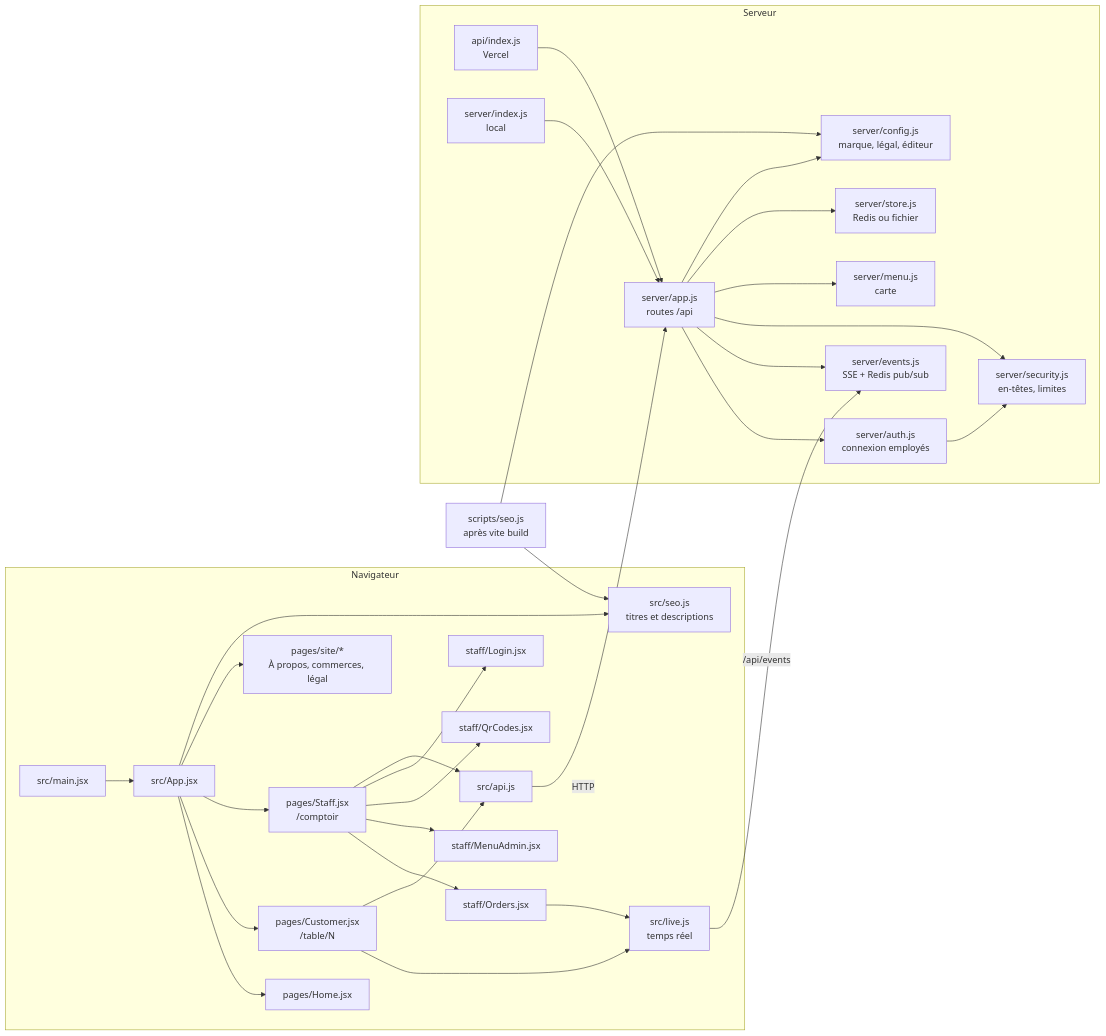
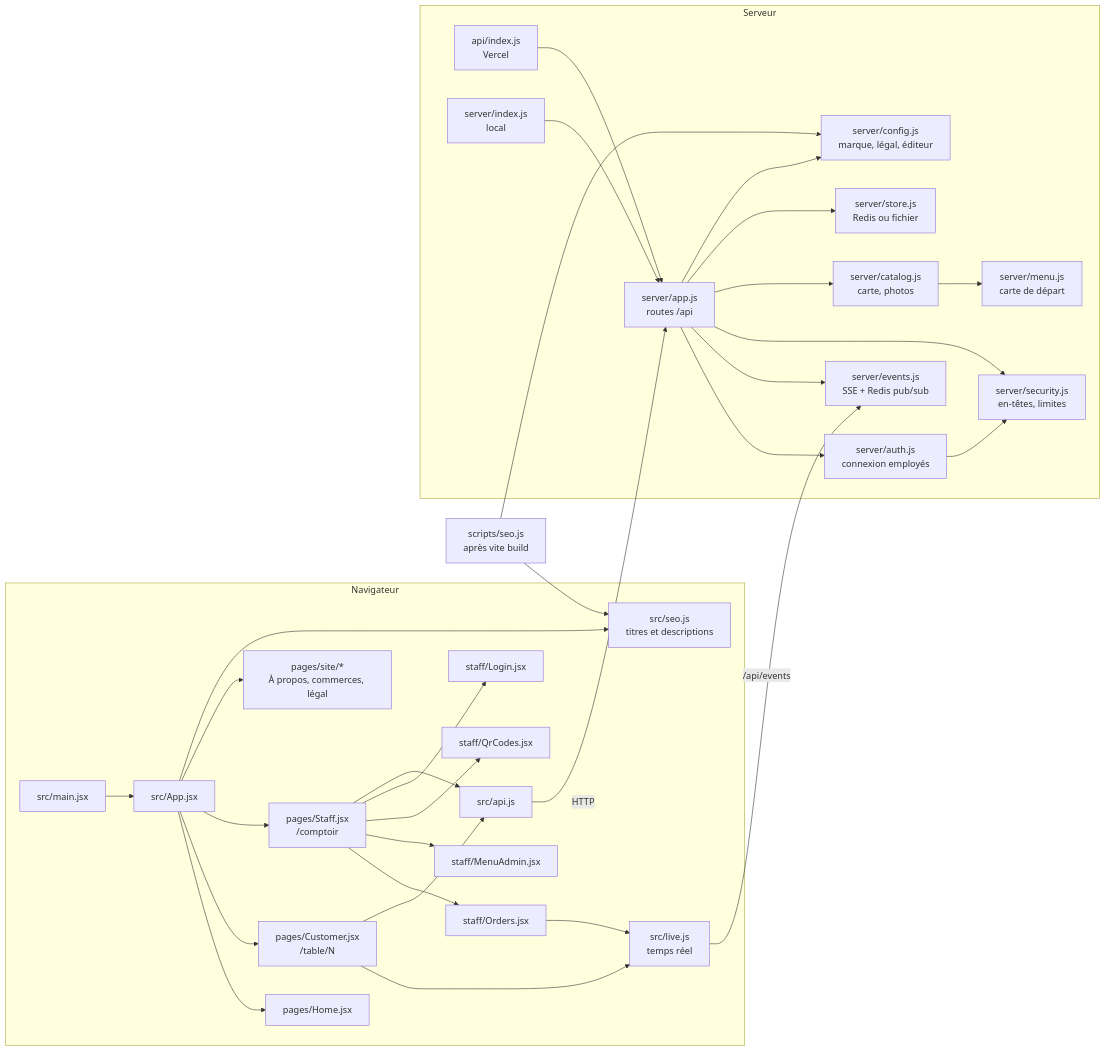
Before and after one commit to Bryamx26/forcado-app: the diagram in docs/CARTE-DU-CODE.md, drawn with Mermaid. The commit also changed other lines of this file and 11 other files, not shown here.

````diff
--- a/docs/CARTE-DU-CODE.md
+++ b/docs/CARTE-DU-CODE.md
@@ -5,36 +5,37 @@
 ```mermaid
 graph LR
   subgraph Navigateur
     main[src/main.jsx] --> App[src/App.jsx]
     App --> Home[pages/Home.jsx]
     App --> Customer[pages/Customer.jsx<br/>/table/N]
     App --> Staff[pages/Staff.jsx<br/>/comptoir]
     App --> Site[pages/site/*<br/>À propos, commerces, légal]
     App --> seo[src/seo.js<br/>titres et descriptions]
     Staff --> Orders[staff/Orders.jsx]
     Staff --> MenuAdmin[staff/MenuAdmin.jsx]
     Staff --> QrCodes[staff/QrCodes.jsx]
     Staff --> Login[staff/Login.jsx]
     Customer --> live[src/live.js<br/>temps réel]
     Orders --> live
     Customer --> api[src/api.js]
     Staff --> api
   end
 
   subgraph Serveur
     vercel[api/index.js<br/>Vercel] --> app[server/app.js<br/>routes /api]
     local[server/index.js<br/>local] --> app
     app --> auth[server/auth.js<br/>connexion employés]
     app --> events[server/events.js<br/>SSE + Redis pub/sub]
     app --> security[server/security.js<br/>en-têtes, limites]
     auth --> security
-    app --> menu[server/menu.js<br/>carte]
+    app --> catalog[server/catalog.js<br/>carte, photos]
+    catalog --> menu[server/menu.js<br/>carte de départ]
     app --> store[server/store.js<br/>Redis ou fichier]
     app --> config[server/config.js<br/>marque, légal, éditeur]
   end
 
   api -- HTTP --> app
   live -- /api/events --> events
   build[scripts/seo.js<br/>après vite build] --> config
   build --> seo
 ```
````
